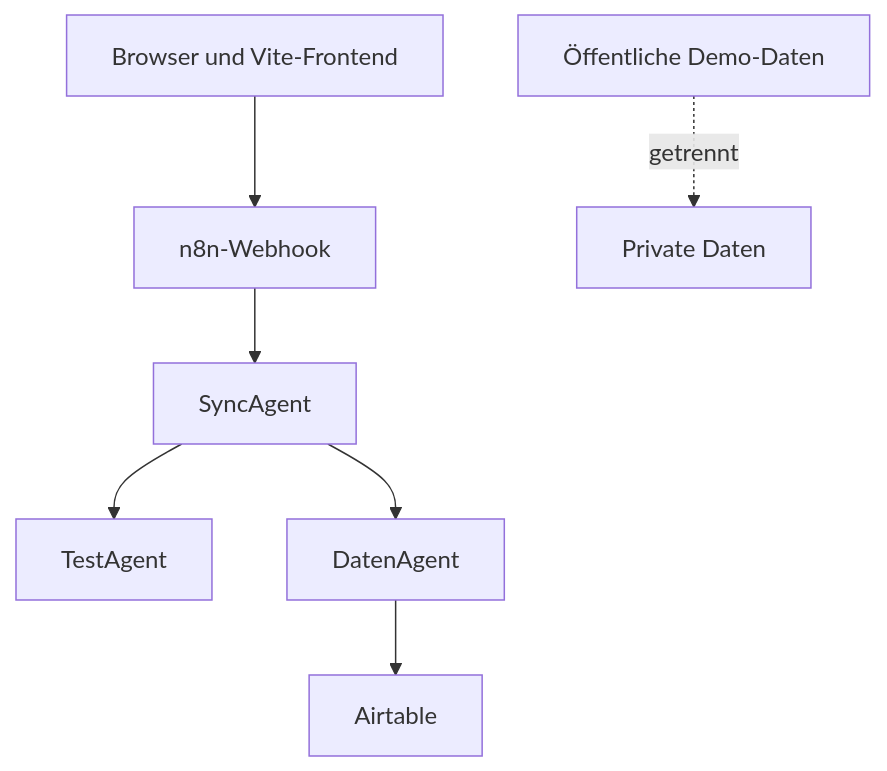
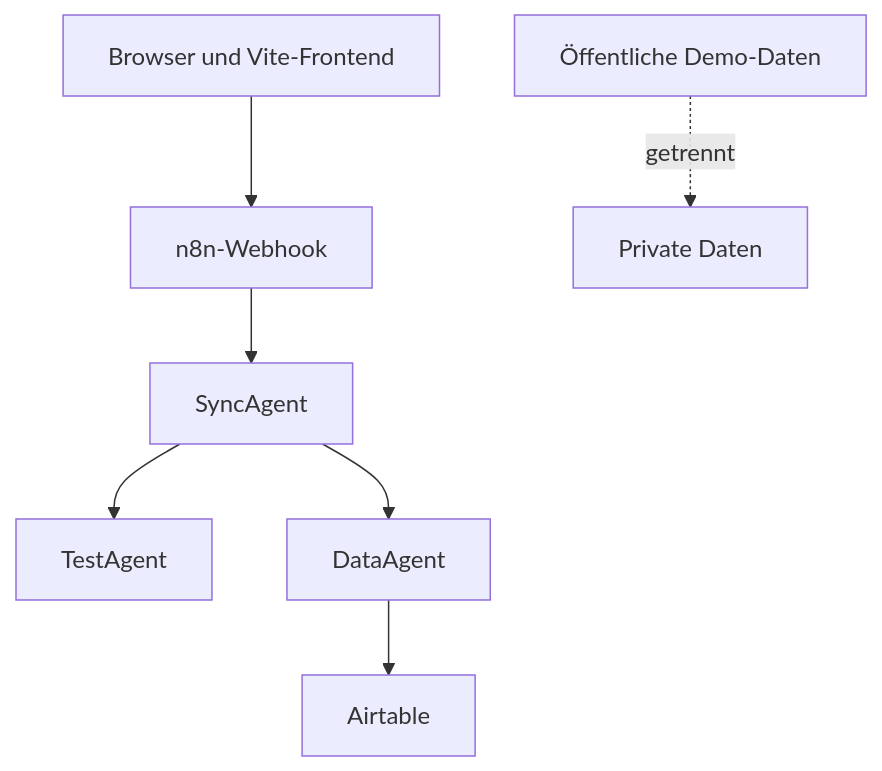
The diagram in docs/security.md (Varudan/goldendawn-os), drawn with Mermaid before and after one commit. The commit also changed other lines of this file and 8 other files, not shown here.

Commit message:
docs: plan local modules and standardize DataAgent naming (#15)

````diff
--- a/docs/security.md
+++ b/docs/security.md
@@ -61,10 +61,10 @@
 ```mermaid
 flowchart TD
     Browser["Browser und Vite-Frontend"] --> Webhook["n8n-Webhook"]
     Webhook --> Sync["SyncAgent"]
     Sync --> Test["TestAgent"]
-    Sync --> Data["DatenAgent"]
+    Sync --> Data["DataAgent"]
     Data --> Airtable["Airtable"]
 
     Public["Öffentliche Demo-Daten"] -. getrennt .-> Private["Private Daten"]
 ```
````
